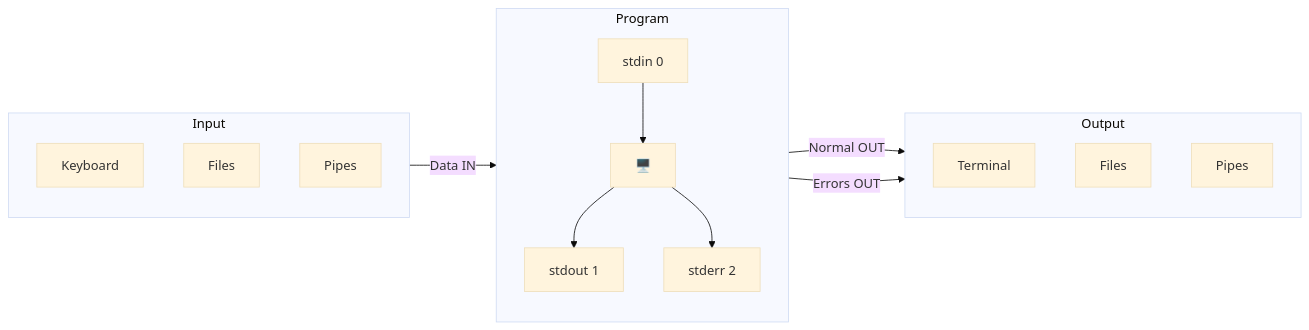
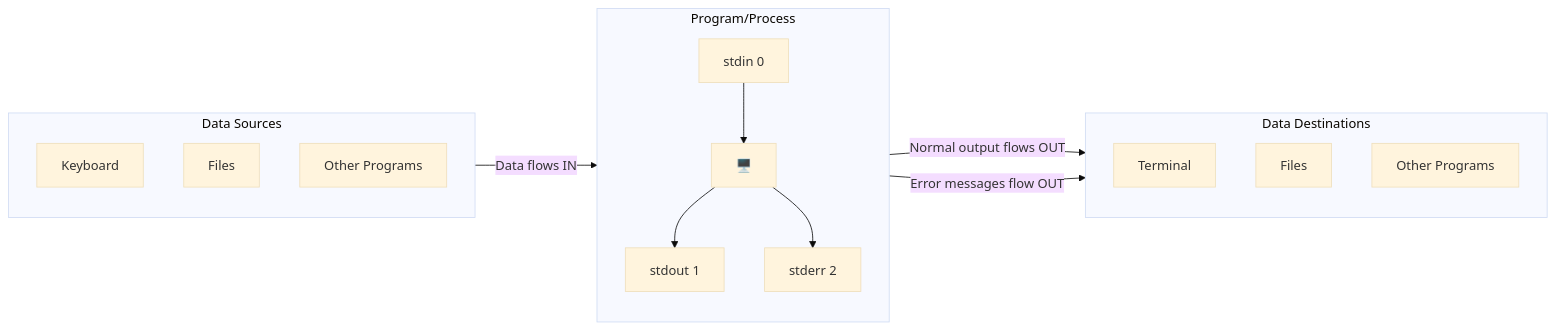
One commit to apcamargo/starlight-test changed the first of 2 diagrams in src/content/docs/guides/linux.mdx. Above: the diagram before and after it, drawn with Mermaid (base theme). The commit also changed other lines of this file, not shown here.

````diff
--- a/src/content/docs/guides/linux.mdx
+++ b/src/content/docs/guides/linux.mdx
@@ -17,32 +17,32 @@
 ```mermaid
 flowchart LR
-    subgraph INPUT ["Input"]
+    subgraph INPUT ["Data Sources"]
         direction TB
         KB[Keyboard]
         FILE[Files]
-        PIPE[Pipes]
+        PIPE[Other Programs]
     end
     
-    subgraph PROGRAM ["Program"]
+    subgraph PROGRAM ["Program/Process"]
         direction TB
         STDIN[stdin 0] 
-        PROC[🖥️] 
+        PROC[🖥️]
         STDOUT[stdout 1]
         STDERR[stderr 2]
         
-        STDIN --> PROC 
+        STDIN --> PROC
         PROC --> STDOUT
         PROC --> STDERR
     end
     
-    subgraph OUTPUT ["Output"]
+    subgraph OUTPUT ["Data Destinations"]
         direction TB
         TERM[Terminal]
         OUTFILE[Files]
-        NEXTPROG[Pipes]
+        NEXTPROG[Other Programs]
     end
     
-    INPUT -->|"Data IN"| STDIN
-    STDOUT -->|"Normal OUT"| OUTPUT
-    STDERR -->|"Errors OUT"| OUTPUT
+    INPUT -->|"Data flows IN"| STDIN
+    STDOUT -->|"Normal output flows OUT"| OUTPUT
+    STDERR -->|"Error messages flow OUT"| OUTPUT
 ```
````
